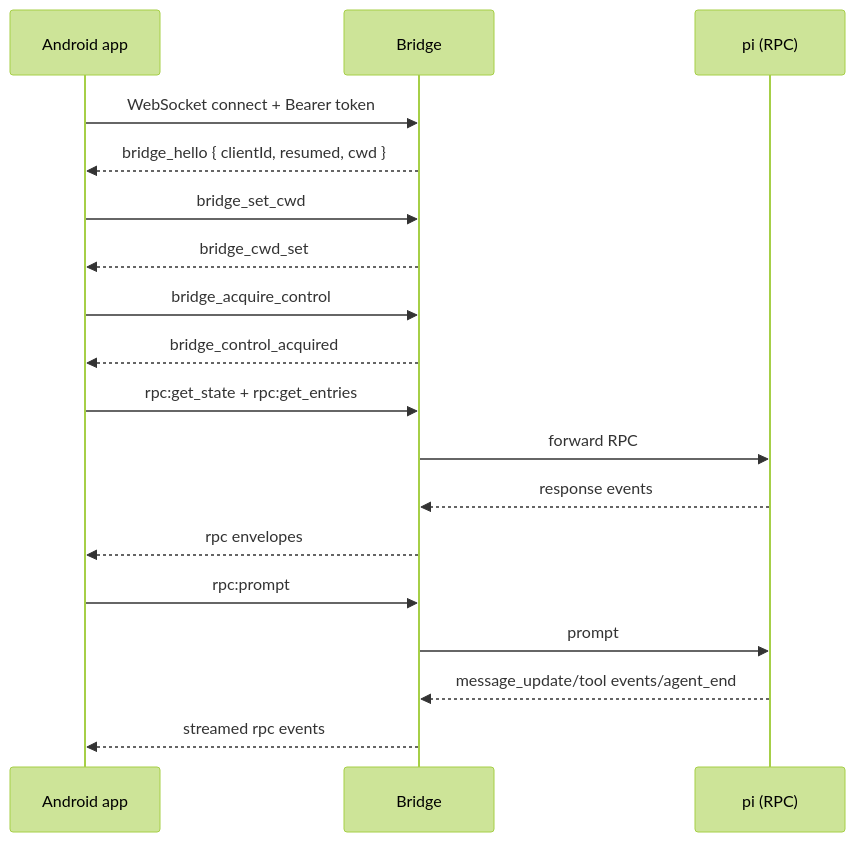
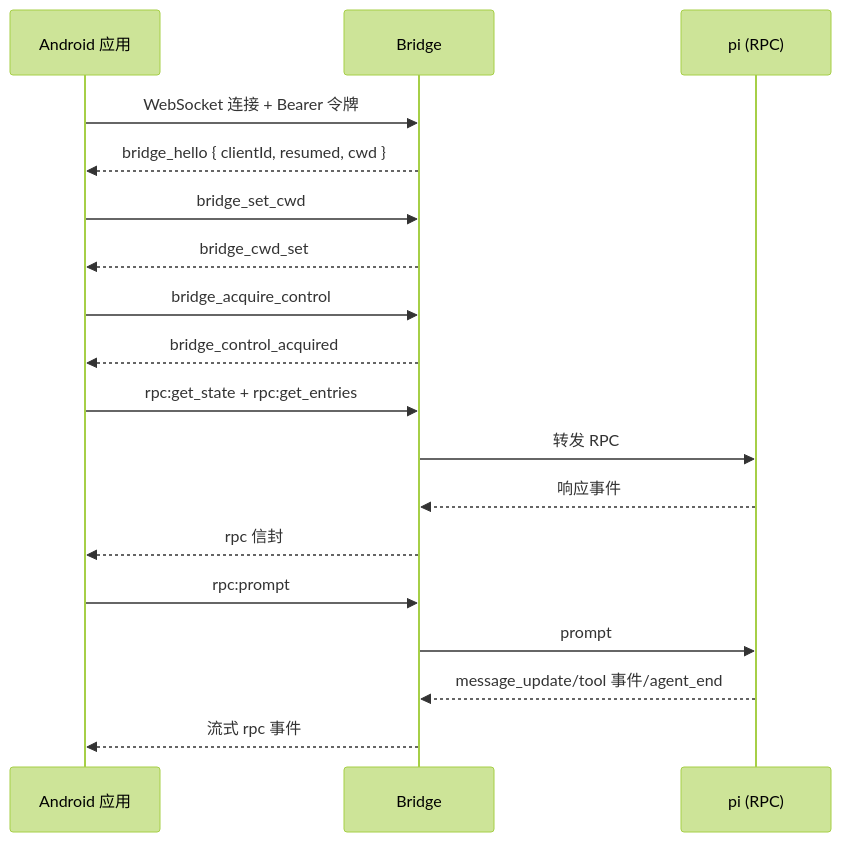
Before and after one commit to GuoZhenKuang/pipilot: the second of 5 diagrams in docs/architecture.md, drawn with Mermaid (forest theme). The commit also changed other lines of this file and 7 other files, not shown here.

````diff
--- a/docs/architecture.md
+++ b/docs/architecture.md
@@ -51,23 +51,23 @@
 ```mermaid
 sequenceDiagram
-    participant A as Android app
+    participant A as Android 应用
     participant B as Bridge
     participant P as pi (RPC)
 
-    A->>B: WebSocket connect + Bearer token
+    A->>B: WebSocket 连接 + Bearer 令牌
     B-->>A: bridge_hello { clientId, resumed, cwd }
     A->>B: bridge_set_cwd
     B-->>A: bridge_cwd_set
     A->>B: bridge_acquire_control
     B-->>A: bridge_control_acquired
 
     A->>B: rpc:get_state + rpc:get_entries
-    B->>P: forward RPC
-    P-->>B: response events
-    B-->>A: rpc envelopes
+    B->>P: 转发 RPC
+    P-->>B: 响应事件
+    B-->>A: rpc 信封
 
     A->>B: rpc:prompt
     B->>P: prompt
-    P-->>B: message_update/tool events/agent_end
-    B-->>A: streamed rpc events
+    P-->>B: message_update/tool 事件/agent_end
+    B-->>A: 流式 rpc 事件
 ```
````
